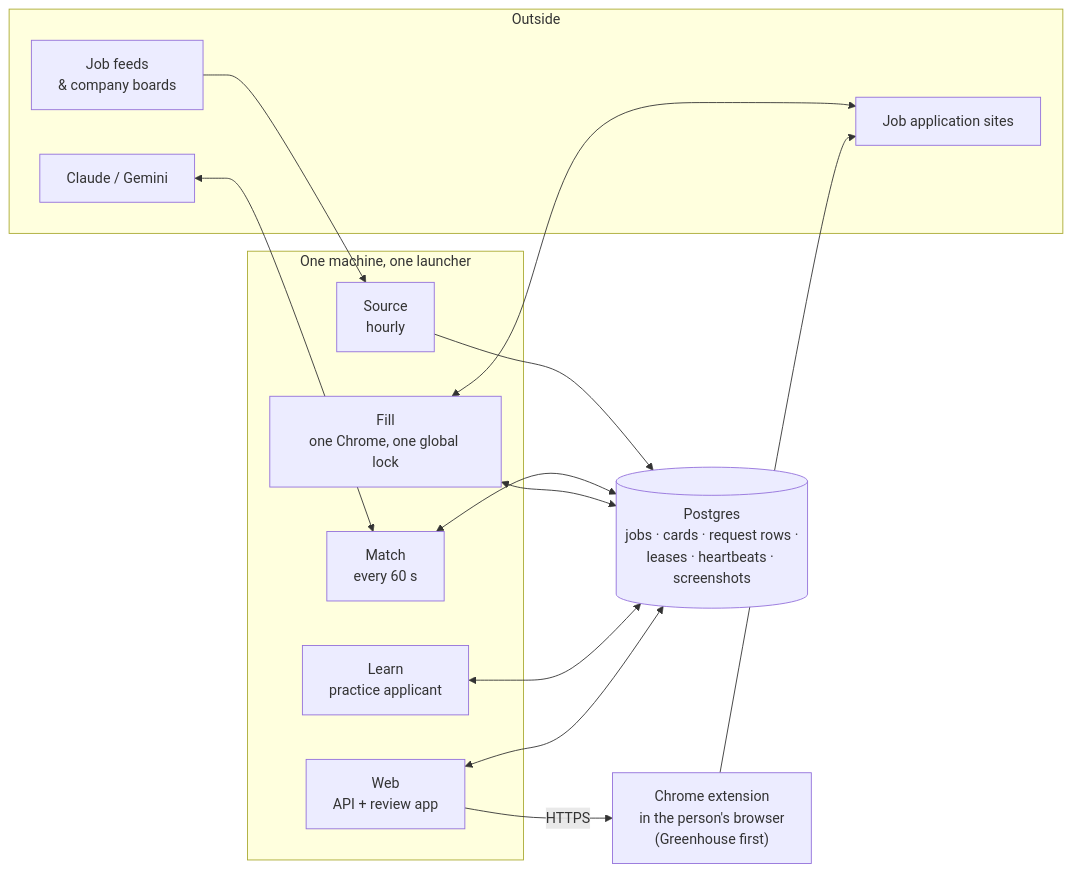
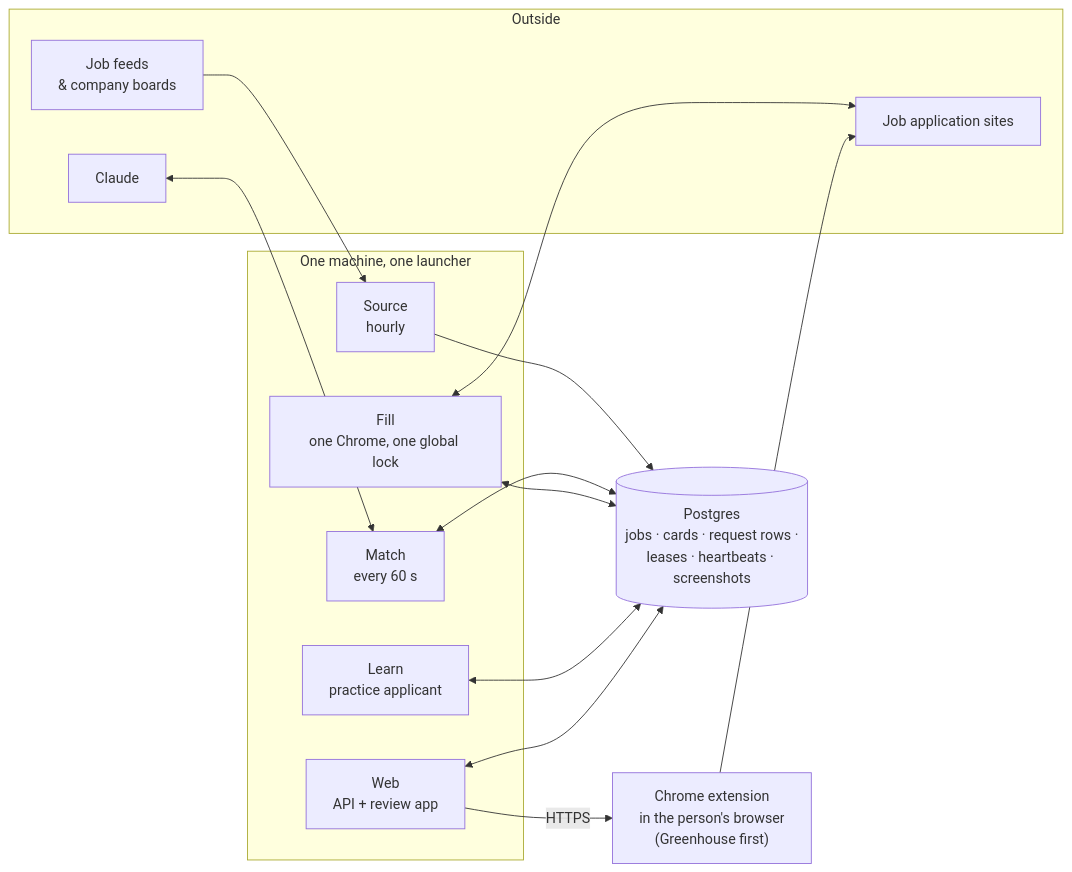
One commit to arnavramidi/demp-architecture changed the diagram in docs/2-v2-one-database.md. Above: the diagram before and after it, drawn with Mermaid. The commit also changed 5 other files, not shown here.

First line of the commit message:
docs: fix learning flow after review

````diff
--- a/docs/2-v2-one-database.md
+++ b/docs/2-v2-one-database.md
@@ -26,28 +26,28 @@
 ```mermaid
 flowchart LR
     subgraph Outside
         FEEDS["Job feeds<br/>& company boards"]
-        AI["Claude / Gemini"]
+        AI["Claude"]
         ATS["Job application sites"]
     end
 
     subgraph Mac["One machine, one launcher"]
         SRC["Source<br/>hourly"]
         MATCH["Match<br/>every 60 s"]
         FILL["Fill<br/>one Chrome, one global lock"]
         LEARN["Learn<br/>practice applicant"]
         WEB["Web<br/>API + review app"]
     end
 
     PG[("Postgres<br/>jobs · cards · request rows ·<br/>leases · heartbeats · screenshots")]
 
     FEEDS --> SRC --> PG
     AI <--> MATCH
     MATCH <--> PG
     FILL <--> PG
     FILL <--> ATS
     LEARN <--> PG
     WEB <--> PG
     WEB -- "HTTPS" --> EXT["Chrome extension<br/>in the person's browser<br/>(Greenhouse first)"]
     EXT --> ATS
 ```
````
